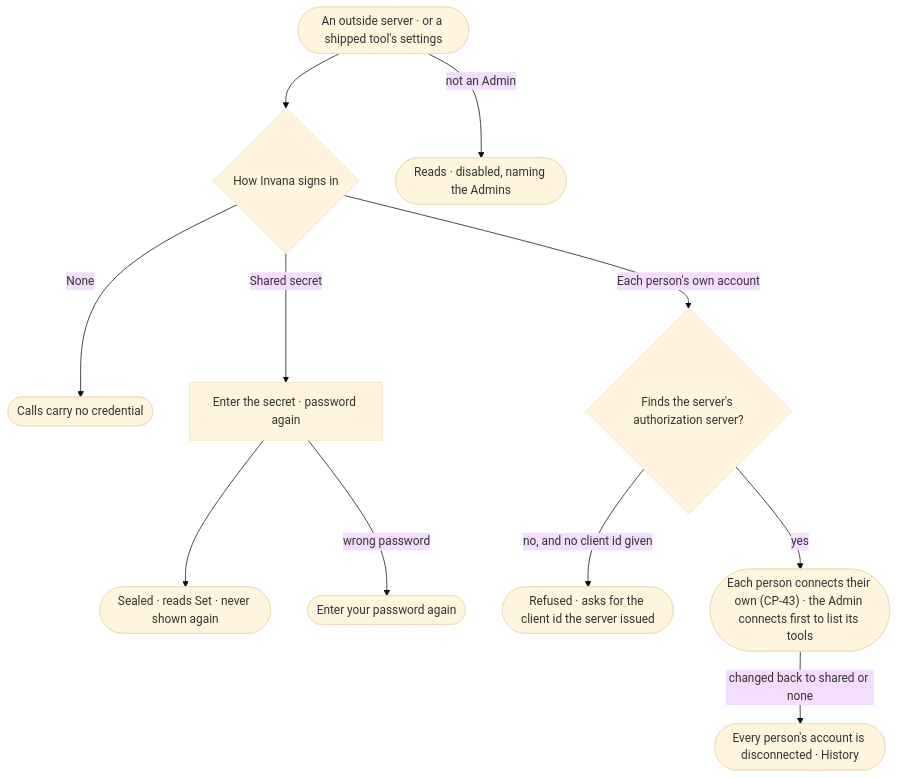
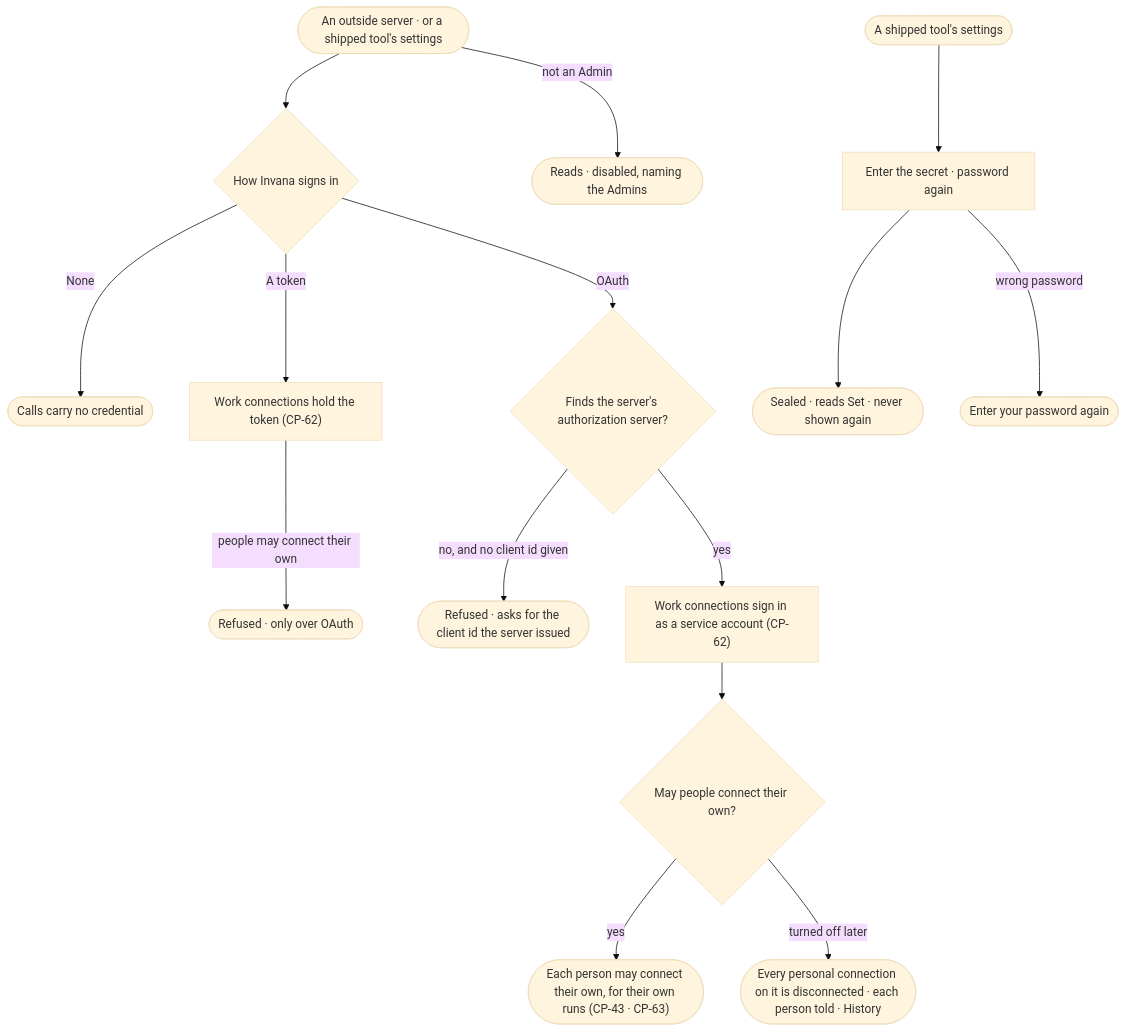
Before and after one commit to invana/invana: the diagram in specs/os/control/features/CP-F02-plugins-and-outside-tools/stories/CP-42-choose-how-invana-signs-in-to-an-outside-server/story.md, drawn with Mermaid (base theme). The commit also changed other lines of this file and 300 other files, not shown here.

````diff
--- a/specs/os/control/features/CP-F02-plugins-and-outside-tools/stories/CP-42-choose-how-invana-signs-in-to-an-outside-server/story.md
+++ b/specs/os/control/features/CP-F02-plugins-and-outside-tools/stories/CP-42-choose-how-invana-signs-in-to-an-outside-server/story.md
@@ -27,13 +30,16 @@
 ```mermaid
 flowchart TD
   s([An outside server · or a shipped tool's settings]) --> k{"How Invana signs in"}
   k -->|None| none(["Calls carry no credential"])
-  k -->|Shared secret| sh["Enter the secret · password again"]
-  sh --> sealed(["Sealed · reads Set · never shown again"])
-  k -->|Each person's own account| pu{"Finds the server's authorization server?"}
-  pu -->|no, and no client id given| pf(["Refused · asks for the client id the server issued"])
-  pu -->|yes| pok(["Each person connects their own (CP-43) · the Admin connects first to list its tools"])
-  pok -->|changed back to shared or none| dis(["Every person's account is disconnected · History"])
+  k -->|A token| tk["Work connections hold the token (CP-62)"]
+  k -->|OAuth| oa{"Finds the server's authorization server?"}
+  oa -->|no, and no client id given| of(["Refused · asks for the client id the server issued"])
+  oa -->|yes| ok["Work connections sign in as a service account (CP-62)"]
+  ok --> pp{"May people connect their own?"}
+  pp -->|yes| per(["Each person may connect their own, for their own runs (CP-43 · CP-63)"])
+  pp -->|turned off later| dis(["Every personal connection on it is disconnected · each person told · History"])
+  tk -->|people may connect their own| ref(["Refused · only over OAuth"])
+  t([A shipped tool's settings]) --> sec["Enter the secret · password again"] --> sealed(["Sealed · reads Set · never shown again"])
   s -->|not an Admin| ro(["Reads · disabled, naming the Admins"])
-  sh -->|wrong password| wp(["Enter your password again"])
+  sec -->|wrong password| wp(["Enter your password again"])
 ```
````
